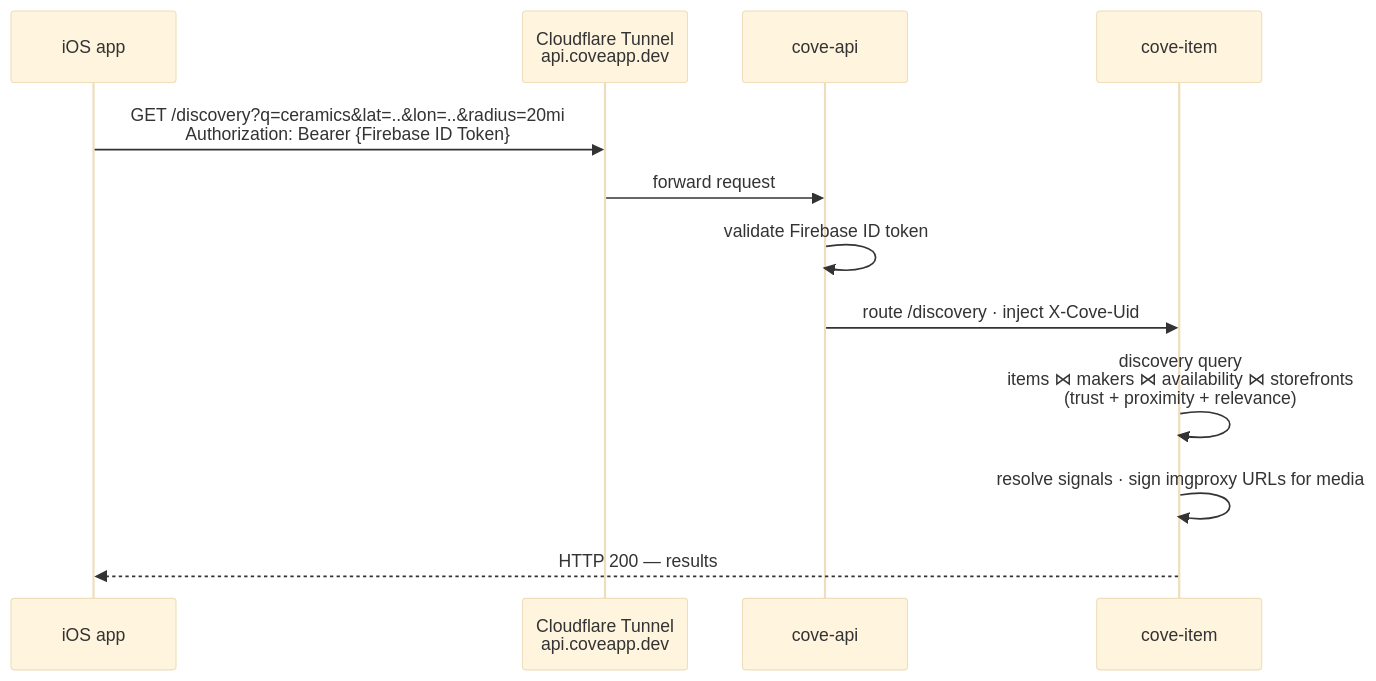
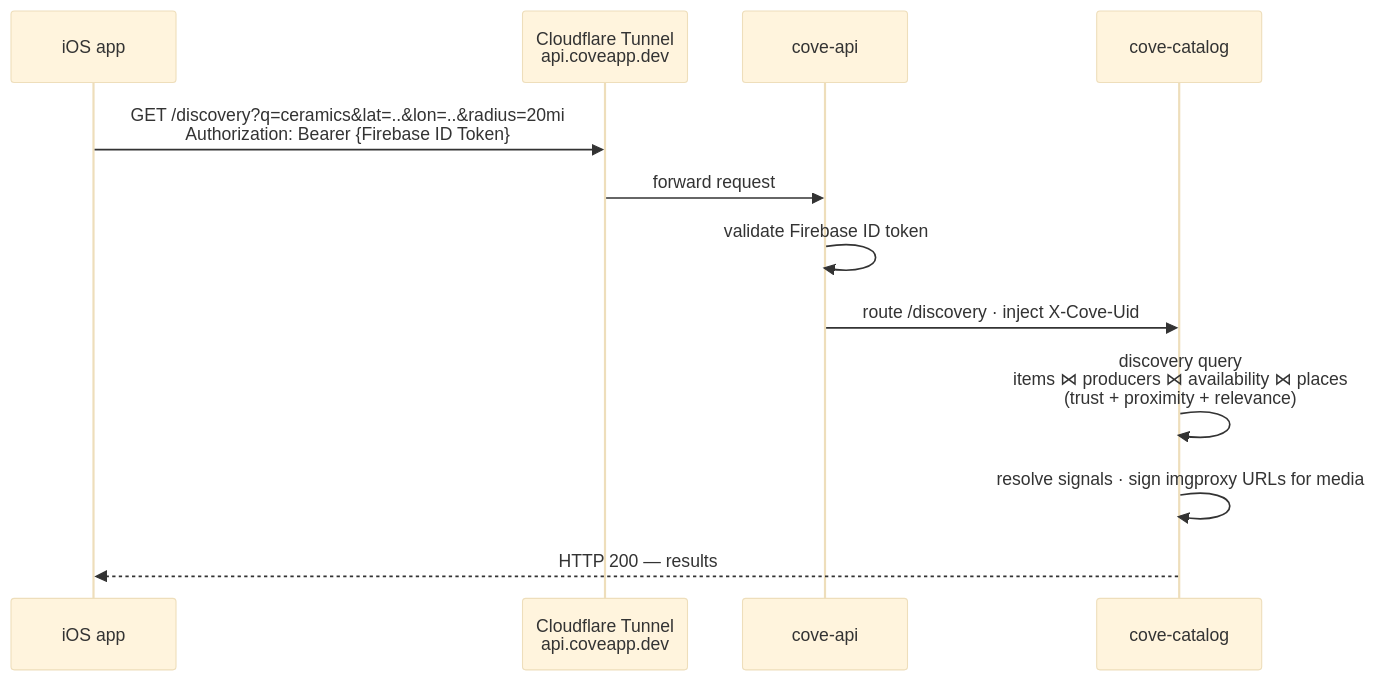
Before and after one commit to danicajiao/cove: the second of 2 diagrams in docs/MARKETPLACE_ARCHITECTURE.md, drawn with Mermaid (base theme). The commit also changed other lines of this file and 151 other files, not shown here.

First line of the commit message:
Move Cove to producers, places and Eat & Drink (#426)

````diff
--- a/docs/MARKETPLACE_ARCHITECTURE.md
+++ b/docs/MARKETPLACE_ARCHITECTURE.md
@@ -685,14 +742,14 @@
 ```mermaid
 sequenceDiagram
     participant iOS as iOS app
     participant CF as Cloudflare Tunnel<br/>api.coveapp.dev
     participant API as cove-api
-    participant Item as cove-item
+    participant Item as cove-catalog
     iOS->>CF: GET /discovery?q=ceramics&lat=..&lon=..&radius=20mi<br/>Authorization: Bearer {Firebase ID Token}
     CF->>API: forward request
     API->>API: validate Firebase ID token
     API->>Item: route /discovery · inject X-Cove-Uid
-    Item->>Item: discovery query<br/>items ⋈ makers ⋈ availability ⋈ storefronts<br/>(trust + proximity + relevance)
+    Item->>Item: discovery query<br/>items ⋈ producers ⋈ availability ⋈ places<br/>(trust + proximity + relevance)
     Item->>Item: resolve signals · sign imgproxy URLs for media
     Item-->>iOS: HTTP 200 — results
 ```
````
